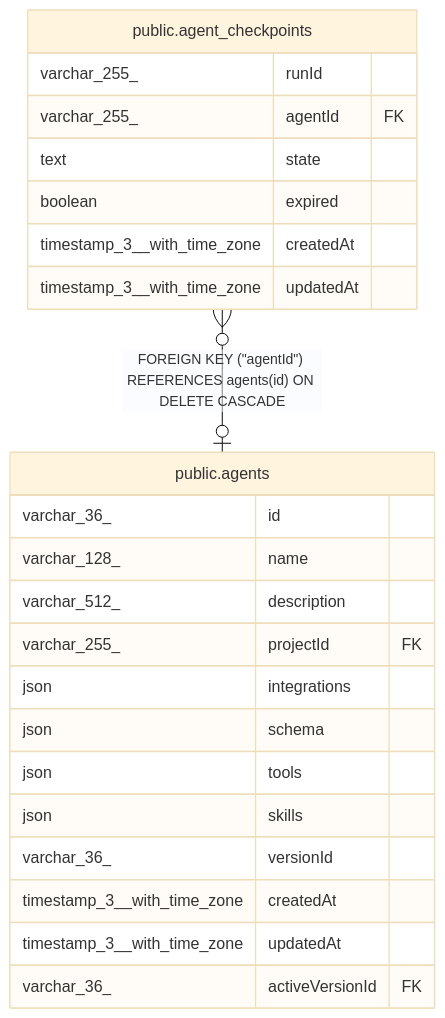
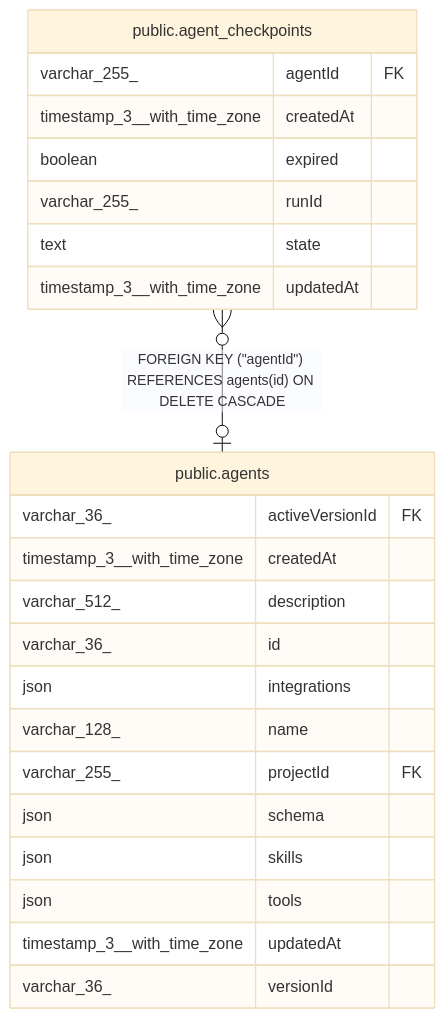
The diagram in docs/generated/postgres-schema/public.agent_checkpoints.md (mayankjain1815-commits/n8n), drawn with Mermaid (base theme) before and after one commit. The commit also changed other lines of this file and 221 other files, not shown here.

Commit message:
chore(core): Make DB schema docs generation deterministic (#32373)

````diff
--- a/docs/generated/postgres-schema/public.agent_checkpoints.md
+++ b/docs/generated/postgres-schema/public.agent_checkpoints.md
@@ -34,28 +34,28 @@
 ```mermaid
 erDiagram
 
 "public.agent_checkpoints" }o--o| "public.agents" : "FOREIGN KEY (#quot;agentId#quot;) REFERENCES agents(id) ON DELETE CASCADE"
 
 "public.agent_checkpoints" {
+  varchar_255_ agentId FK
+  timestamp_3__with_time_zone createdAt
+  boolean expired
   varchar_255_ runId
-  varchar_255_ agentId FK
   text state
-  boolean expired
-  timestamp_3__with_time_zone createdAt
   timestamp_3__with_time_zone updatedAt
 }
 "public.agents" {
+  varchar_36_ activeVersionId FK
+  timestamp_3__with_time_zone createdAt
+  varchar_512_ description
   varchar_36_ id
+  json integrations
   varchar_128_ name
-  varchar_512_ description
   varchar_255_ projectId FK
-  json integrations
   json schema
+  json skills
   json tools
-  json skills
+  timestamp_3__with_time_zone updatedAt
   varchar_36_ versionId
-  timestamp_3__with_time_zone createdAt
-  timestamp_3__with_time_zone updatedAt
-  varchar_36_ activeVersionId FK
 }
 ```
````
